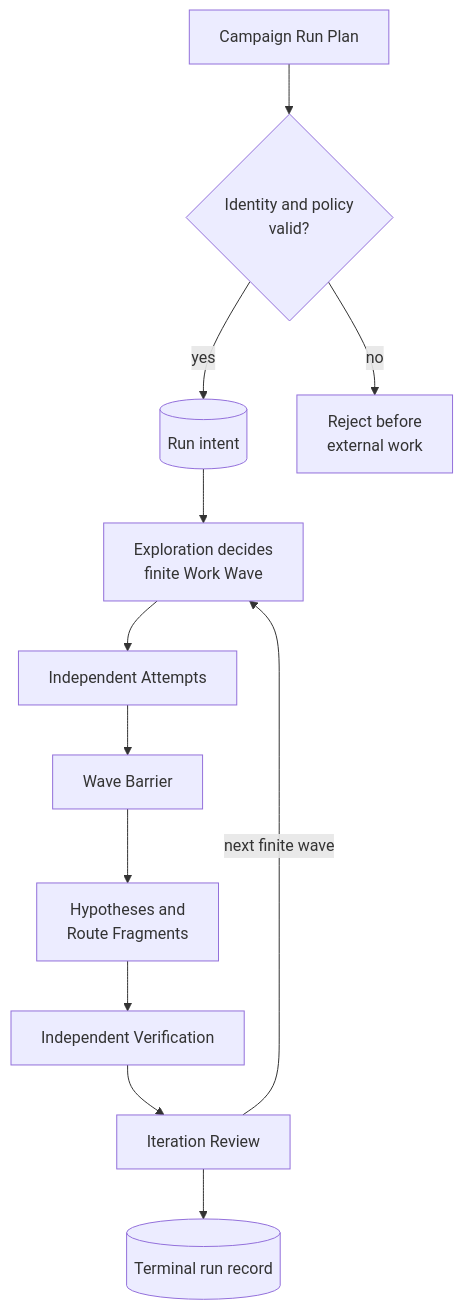
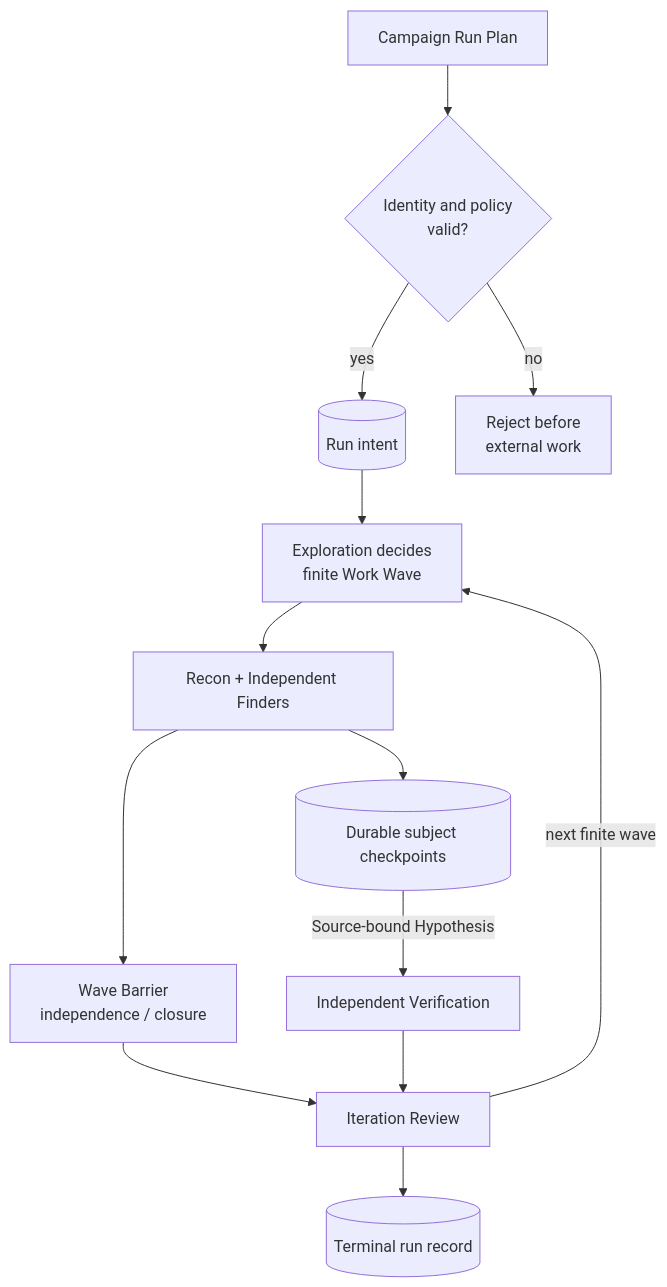
Before and after one commit to momoponwork1415-lgtm/wordpress-harness: the first of 4 diagrams in docs/design/campaign-execution-seam.md, drawn with Mermaid. The commit also changed other lines of this file and 100 other files, not shown here.

````diff
--- a/docs/design/campaign-execution-seam.md
+++ b/docs/design/campaign-execution-seam.md
@@ -20,20 +26,23 @@
 ```mermaid
 flowchart TB
     plan["Campaign Run Plan"]
     validate{"Identity and policy<br/>valid?"}
     intent[("Run intent")]
     explore["Exploration decides<br/>finite Work Wave"]
-    attempts["Independent Attempts"]
-    barrier["Wave Barrier"]
-    hypotheses["Hypotheses and<br/>Route Fragments"]
+    attempts["Recon + Independent Finders"]
+    checkpoints[("Durable subject checkpoints")]
+    barrier["Wave Barrier<br/>independence / closure"]
     verify["Independent Verification"]
     review["Iteration Review"]
     terminal[("Terminal run record")]
     reject["Reject before<br/>external work"]
 
     plan --> validate
     validate -->|"no"| reject
-    validate -->|"yes"| intent --> explore --> attempts --> barrier
-    barrier --> hypotheses --> verify --> review --> terminal
+    validate -->|"yes"| intent --> explore --> attempts
+    attempts --> checkpoints
+    checkpoints -->|"Source-bound Hypothesis"| verify
+    attempts --> barrier --> review --> terminal
+    verify --> review
     review -->|"next finite wave"| explore
 ```
````
